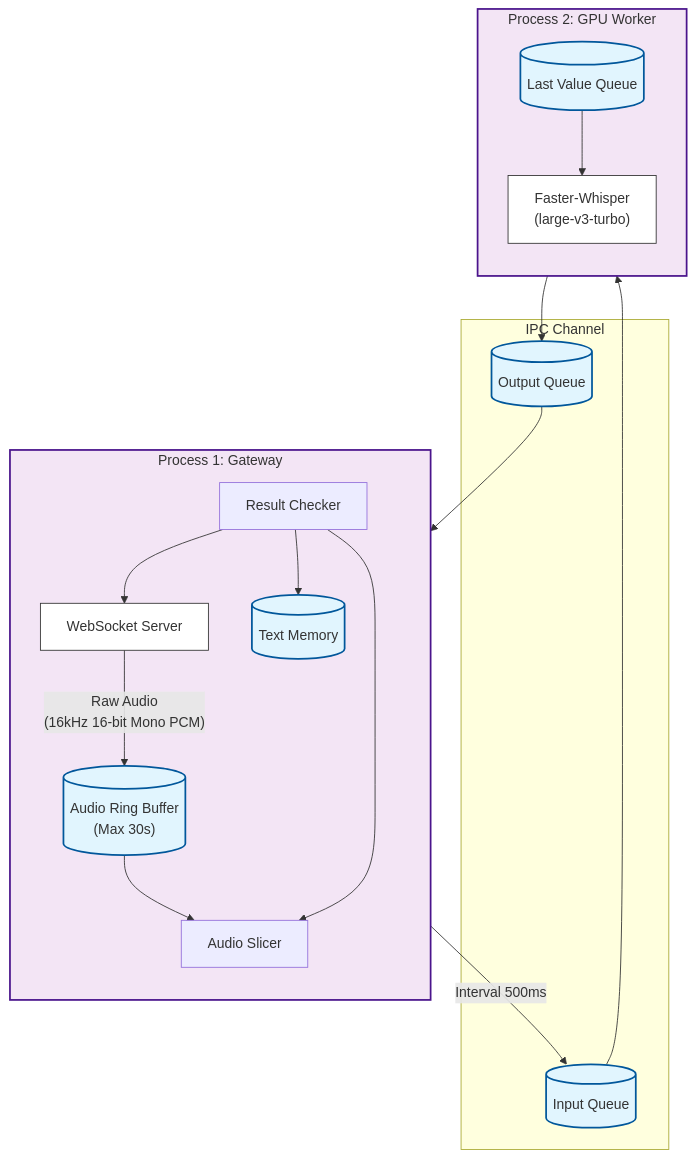
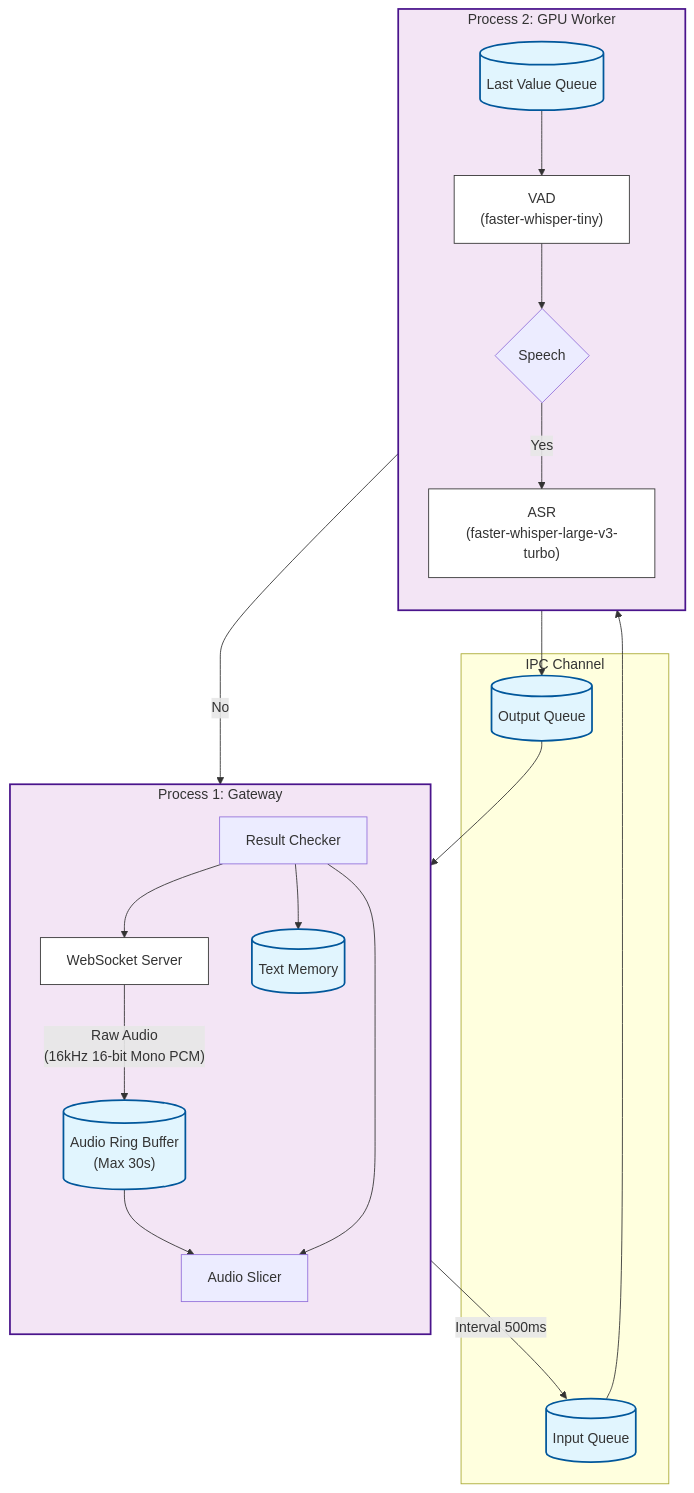
One commit to vlzx/babylon changed the diagram in README.md. Above: the diagram before and after it, drawn with Mermaid. The commit also changed 3 other files, not shown here.

````diff
--- a/README.md
+++ b/README.md
@@ -3,50 +3,56 @@
 ```mermaid
 graph TD
     %% ==========================================
-    %% 进程 1: WS网关
+    %% 进程 1: 网关
     %% ==========================================
     subgraph P1 ["Process 1: Gateway"]
         direction TB
         
         WSGateway["WebSocket Server"] 
         -->|"Raw Audio<br/>(16kHz 16-bit Mono PCM)"| RingBuf[("Audio Ring Buffer<br/>(Max 30s)")]
         RingBuf --> Slicer["Audio Slicer"]
 
         ResCheck["Result Checker"] --> TextMem[("Text Memory")]
         ResCheck --> Slicer
         ResCheck --> WSGateway
         
     end
 
     %% ==========================================
     %% IPC 通信层
     %% ==========================================
     subgraph IPC1 ["IPC Channel"]
         Slicer -->|"Interval 500ms"| Q_In[("Input Queue")]
     end
     subgraph IPC1 ["IPC Channel"]
         Q_Out[("Output Queue")] --> ResCheck
     end
 
     %% ==========================================
-    %% 进程 2: ASR引擎（GPU推理）
+    %% 进程 2: GPU Worker
     %% ==========================================
     subgraph P2 ["Process 2: GPU Worker"]
         direction TB
         
-        Q_In --> LVQ[("Last Value Queue")] --> Whisper["Faster-Whisper<br/>(large-v3-turbo)"]
+        Q_In --> LVQ[("Last Value Queue")] --> VAD["VAD<br/>(faster-whisper-tiny)"]
         
-        Whisper --> Q_Out
+        ASR["ASR<br/>(faster-whisper-large-v3-turbo)"]
+
+        VAD --> SpeechCheck{"Speech"}
+        SpeechCheck --> |"Yes"| ASR
+        SpeechCheck --> |"No"| Slicer
+        
+        ASR --> Q_Out
     end
 
     %% 样式
     classDef buffer fill:#e1f5fe,stroke:#01579b,stroke-width:2px;
     classDef process fill:#f3e5f5,stroke:#4a148c,stroke-width:2px;
     classDef component fill:#fff,stroke:#333,stroke-width:1px;
     classDef urgent fill:#ffcdd2,stroke:#b71c1c,stroke-width:2px;
     
     class RingBuf,TextMem,Q_In,Q_Out,LVQ buffer;
     class P1,P2 process;
-    class WSGateway,Silero,Whisper component;
+    class WSGateway,VAD,ASR component;
     class FinalTask,ResFinal urgent;
 ```
````
